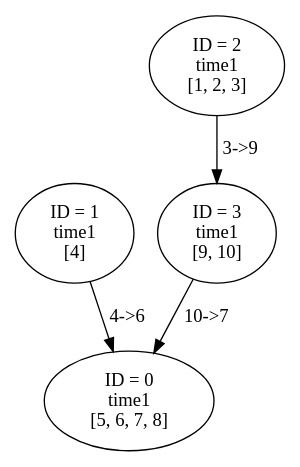
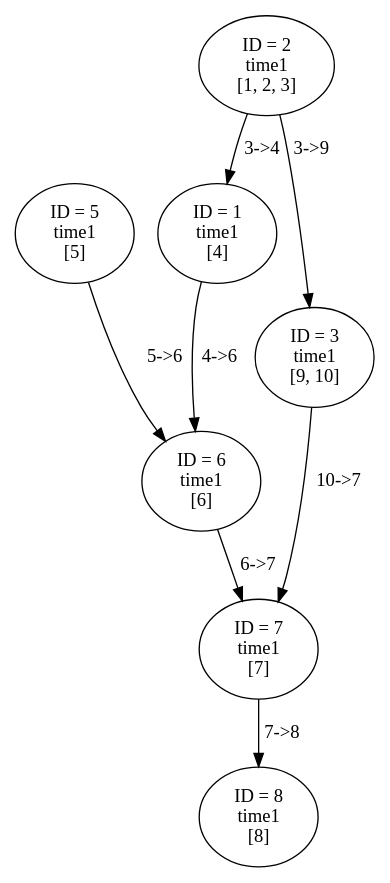
Before and after one commit to zzzzzec/work: the diagram in gt/SCCGraph/graph1.gv, drawn with Graphviz. The commit also changed 38 other files, not shown here.

```diff
--- a/gt/SCCGraph/graph1.gv
+++ b/gt/SCCGraph/graph1.gv
@@ -1,21 +1,38 @@
 // sccGraph1
 digraph {
+	5 [label="ID = 5
+time1
+[5]"]
+	6 [label="ID = 6
+time1
+[6]"]
+	7 [label="ID = 7
+time1
+[7]"]
+	8 [label="ID = 8
+time1
+[8]"]
 	1 [label="ID = 1
 time1
 [4]"]
 	3 [label="ID = 3
 time1
 [9, 10]"]
 	2 [label="ID = 2
 time1
 [1, 2, 3]"]
-	0 [label="ID = 0
-time1
-[5, 6, 7, 8]"]
-	1 -> 0 [label="4->6
+	5 -> 6 [label="5->6
 "]
-	3 -> 0 [label="10->7
+	6 -> 7 [label="6->7
+"]
+	7 -> 8 [label="7->8
+"]
+	1 -> 6 [label="4->6
+"]
+	3 -> 7 [label="10->7
+"]
+	2 -> 1 [label="3->4
 "]
 	2 -> 3 [label="3->9
 "]
 }
```
